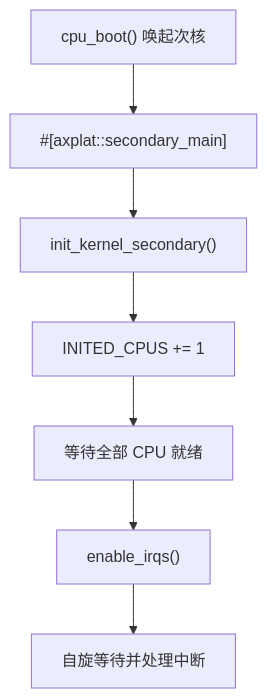
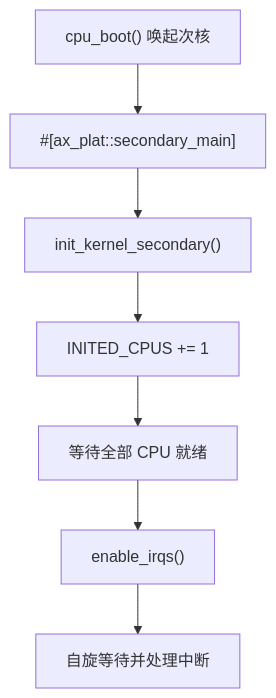
Before and after one commit to zKurisu/tgoskits: the second of 3 diagrams in docs/crates/smp-kernel.md, drawn with Mermaid. The commit also changed other lines of this file and 199 other files, not shown here.

Commit message:
rename axplat to ax-plat

````diff
--- a/docs/crates/smp-kernel.md
+++ b/docs/crates/smp-kernel.md
@@ -39,9 +39,9 @@
 ```mermaid
 flowchart TD
-    A["cpu_boot() 唤起次核"] --> B["#[axplat::secondary_main]"]
+    A["cpu_boot() 唤起次核"] --> B["#[ax_plat::secondary_main]"]
     B --> C["init_kernel_secondary()"]
     C --> D["INITED_CPUS += 1"]
     D --> E["等待全部 CPU 就绪"]
     E --> F["enable_irqs()"]
     F --> G["自旋等待并处理中断"]
 ```
````
